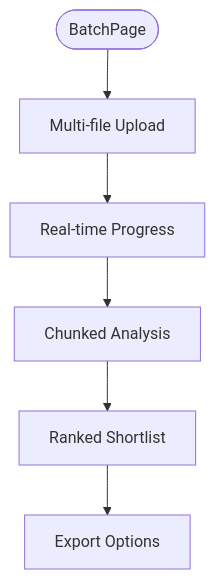
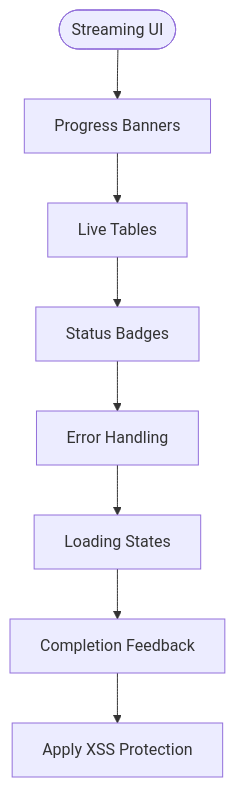
Before and after one commit to Revanththetalogics/aireume: the ninth of 24 diagrams in .qoder/repowiki/en/content/Frontend Architecture/Frontend Architecture.md, drawn with Mermaid. The commit also changed other lines of this file and 61 other files, not shown here.

````diff
--- a/.qoder/repowiki/en/content/Frontend Architecture/Frontend Architecture.md
+++ b/.qoder/repowiki/en/content/Frontend Architecture/Frontend Architecture.md
@@ -474,8 +520,10 @@
 ```mermaid
 flowchart TD
-Start(["BatchPage"]) --> Upload["Multi-file Upload"]
-Upload --> Progress["Real-time Progress"]
-Progress --> Analyze["Chunked Analysis"]
-Analyze --> Results["Ranked Shortlist"]
-Results --> Export["Export Options"]
+Start(["Streaming UI"]) --> Progress["Progress Banners"]
+Progress --> Live["Live Tables"]
+Live --> Status["Status Badges"]
+Status --> Errors["Error Handling"]
+Errors --> Loading["Loading States"]
+Loading --> Complete["Completion Feedback"]
+Complete --> SEC["Apply XSS Protection"]
 ```
````
